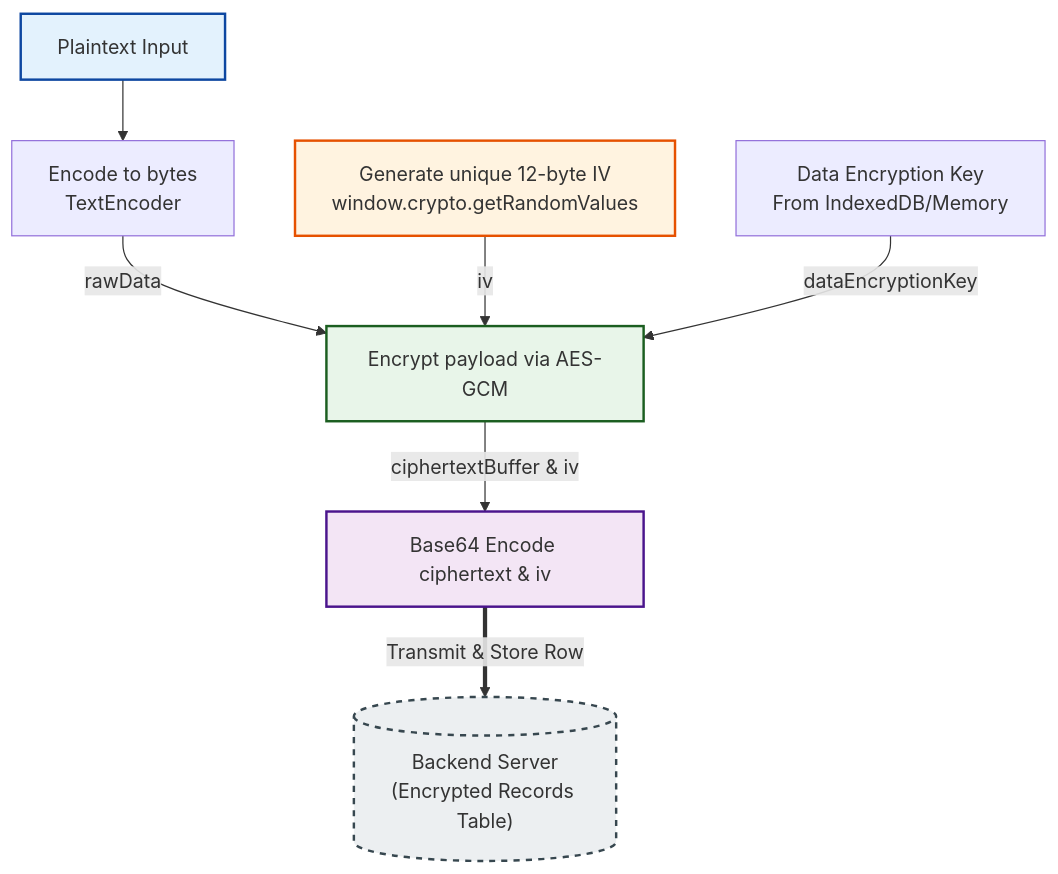
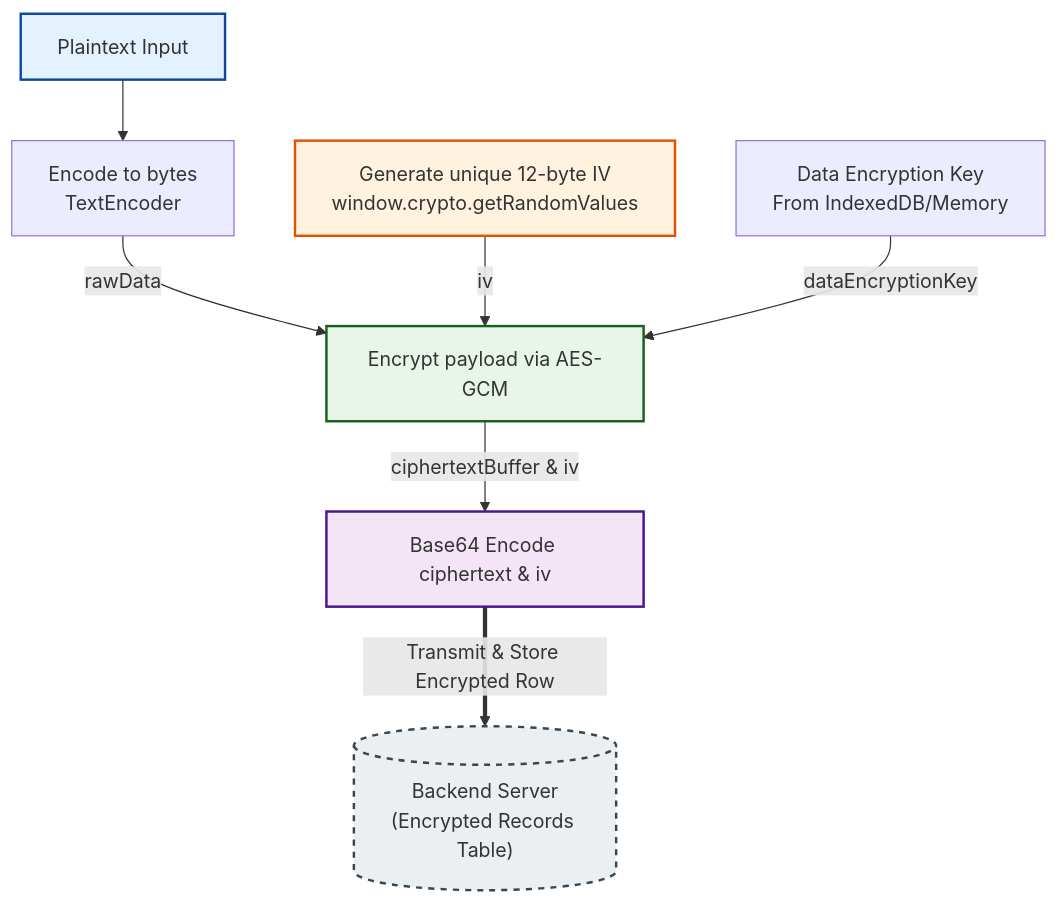
One commit to jellebaele/etiennelabs changed the third of 6 diagrams in content/articles/end-to-end-encryption/pt1-secure-single-user-storage.md. Above: the diagram before and after it, drawn with Mermaid. The commit also changed other lines of this file, not shown here.

````diff
--- a/content/articles/end-to-end-encryption/pt1-secure-single-user-storage.md
+++ b/content/articles/end-to-end-encryption/pt1-secure-single-user-storage.md
@@ -312,25 +334,25 @@
 ```mermaid
 flowchart TD
     %% Inputs & Generation
     Plain[Plaintext Input] --> Encode[Encode to bytes<br>TextEncoder]
     GenIV[Generate unique 12-byte IV<br>window.crypto.getRandomValues]
 
     %% Encryption Middle Layer
     Encode -->|rawData| Encrypt
     GenIV -->|iv| Encrypt
     Key[Data Encryption Key<br>From IndexedDB/Memory] -->|dataEncryptionKey| Encrypt[Encrypt payload via AES-GCM]
 
     %% Outflows & Transmit
     Server[("Backend Server<br>(Encrypted Records Table)")]
 
     Encrypt -->|ciphertextBuffer & iv| Package[Base64 Encode ciphertext & iv]
 
-    Package ==>|Transmit & Store Row| Server
+    Package ==>|Transmit & Store Encrypted Row| Server
 
     %% Styling to match your previous sketch colors
     style Plain fill:#e3f2fd,stroke:#0d47a1,stroke-width:2px
     style GenIV fill:#fff3e0,stroke:#e65100,stroke-width:2px
     style Encrypt fill:#e8f5e9,stroke:#1b5e20,stroke-width:2px
     style Package fill:#f3e5f5,stroke:#4a148c,stroke-width:2px
     style Server fill:#eceff1,stroke:#37474f,stroke-width:2px,stroke-dasharray: 5 5
 ```
````
